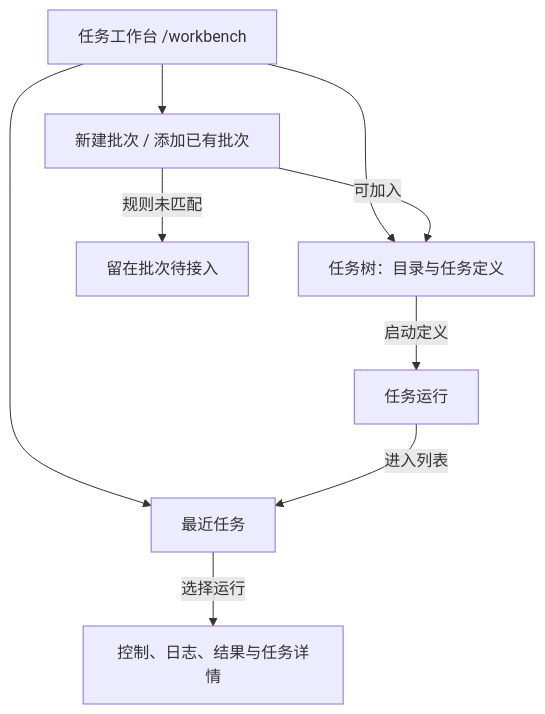
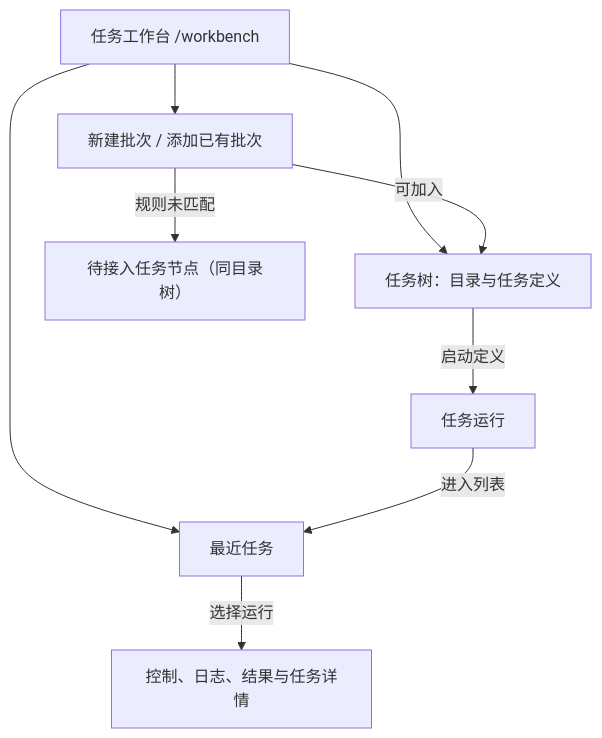
One commit to xuchaoxin1375/ai-ecom-crawler changed the first of 3 diagrams in docs/49-任务树与最近任务工作台设计.md. Above: the diagram before and after it, drawn with Mermaid. The commit also changed other lines of this file and 9 other files, not shown here.

````diff
--- a/docs/49-任务树与最近任务工作台设计.md
+++ b/docs/49-任务树与最近任务工作台设计.md
@@ -70,11 +70,11 @@
 ```mermaid
 flowchart TB
     WB["任务工作台 /workbench"] --> Import["新建批次 / 添加已有批次"]
     WB --> Tree["任务树：目录与任务定义"]
     WB --> Recent["最近任务"]
     Import -->|可加入| Tree
-    Import -->|规则未匹配| Pending["留在批次待接入"]
+    Import -->|规则未匹配| Draft["待接入任务节点（同目录树）"]
     Tree -->|启动定义| Run["任务运行"]
     Run -->|进入列表| Recent
     Recent -->|选择运行| Detail["控制、日志、结果与任务详情"]
 ```
````
